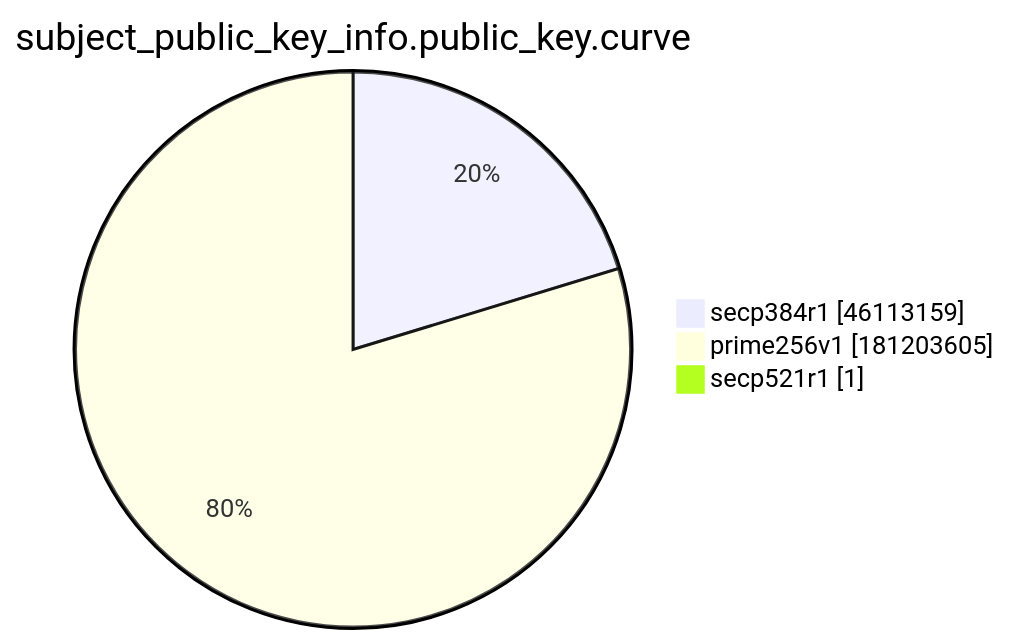
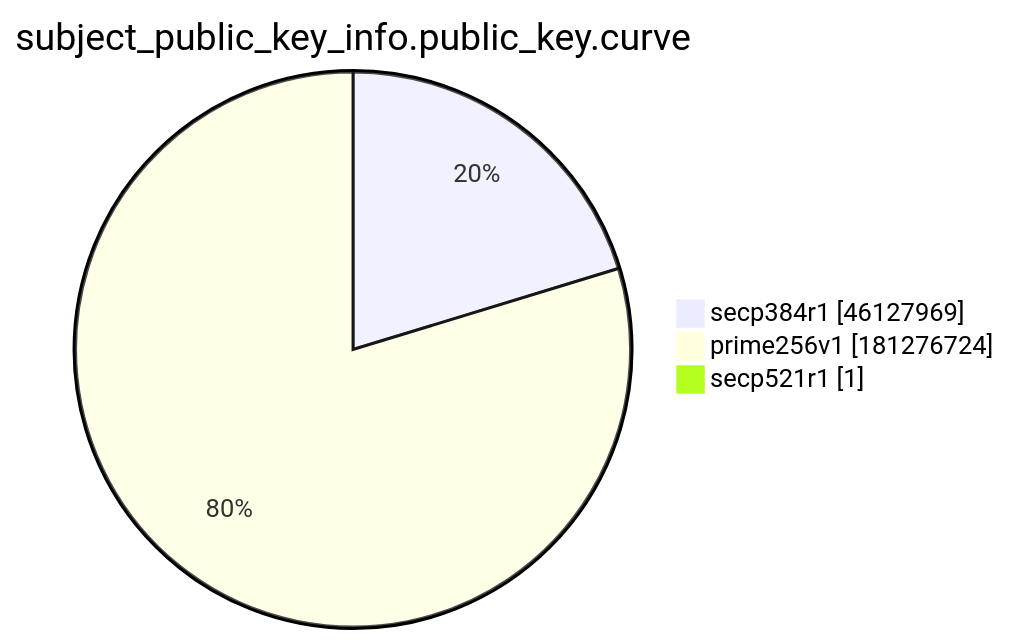
The ninth of 15 diagrams in xenon2022/README.md (christiankrug/ctmonitor_visualization), drawn with Mermaid before and after one commit. The commit also changed other lines of this file, not shown here.

````diff
--- a/xenon2022/README.md
+++ b/xenon2022/README.md
@@ -2874,7 +2874,7 @@
 ```mermaid
 pie showData
 title subject_public_key_info.public_key.curve
-"secp384r1" :46113159
-"prime256v1" :181203605
+"secp384r1" :46127969
+"prime256v1" :181276724
 "secp521r1" :1
 ```
````
